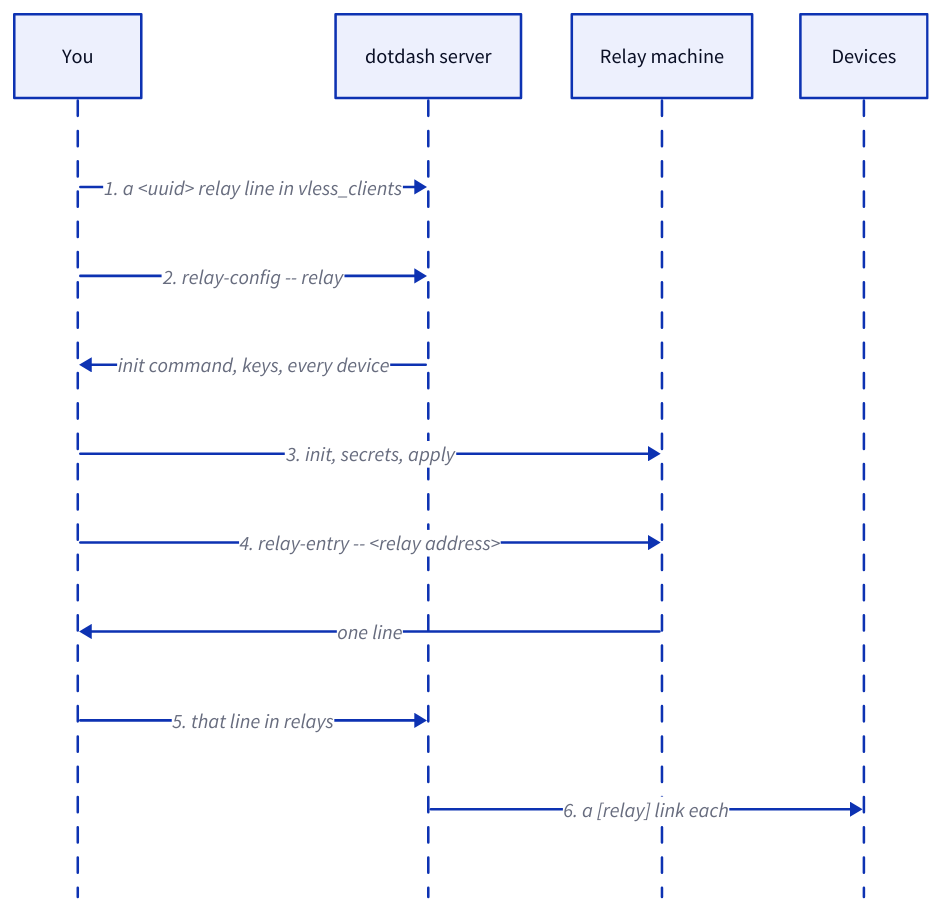
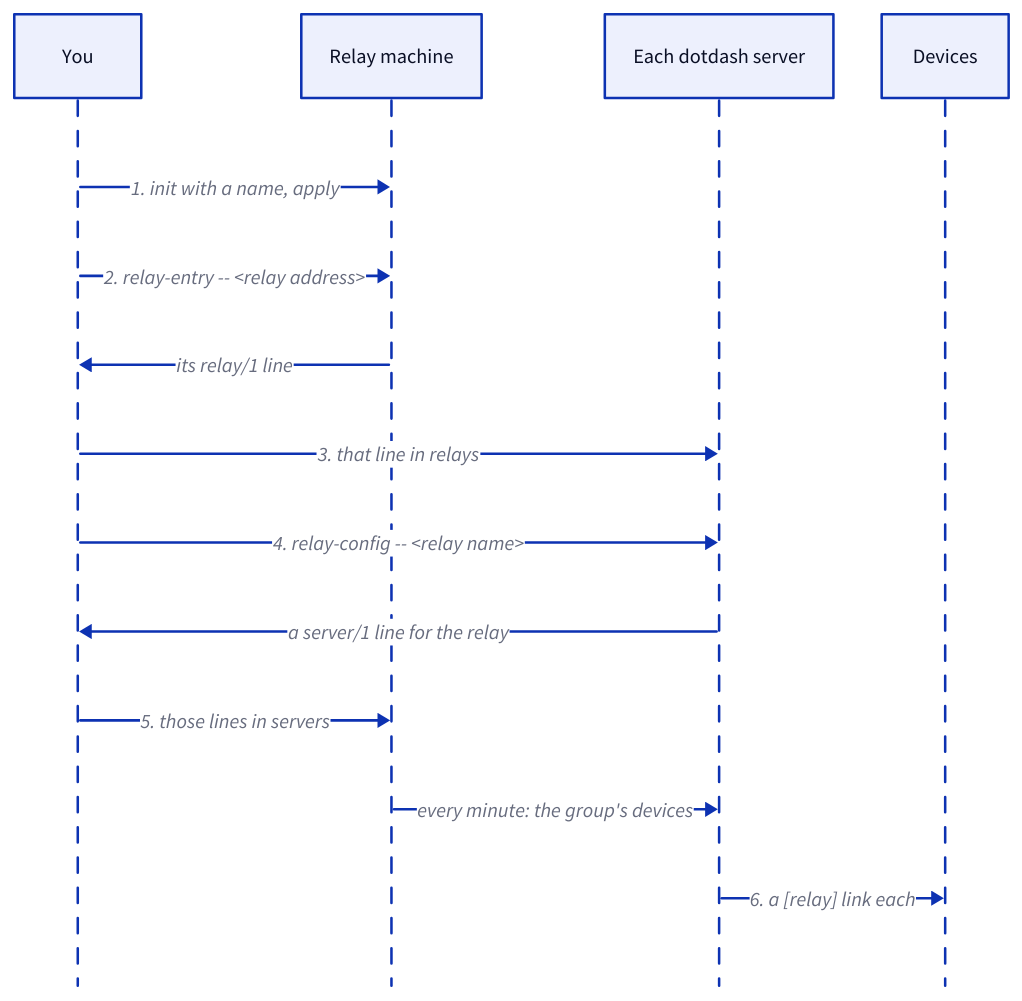
One commit to morzecrew/dotdash changed the diagram in pages/diagrams/relay-setup.d2. Above: the diagram before and after it, drawn with D2. The commit also changed 56 other files, not shown here.

Commit message:
💥 feat(relay)!: every relay a gateway to its devices' own server groups (#268)

```diff
--- a/pages/diagrams/relay-setup.d2
+++ b/pages/diagrams/relay-setup.d2
@@ -1,17 +1,18 @@
-# Setting up a relay: what moves between the server, the relay and devices.
+# Setting up a relay: the two lines that pass between it and each server.
 # Rendered by render.sh.
 shape: sequence_diagram
 
 you: You
-server: dotdash server
 relay: Relay machine
+server: Each dotdash server
 devices: Devices
 
-you -> server: "1. a <uuid> relay line in vless_clients"
-you -> server: "2. relay-config -- relay"
-server -> you: "init command, keys, every device"
-you -> relay: "3. init, secrets, apply"
-you -> relay: "4. relay-entry -- <relay address>"
-relay -> you: "one line"
-you -> server: "5. that line in relays"
+you -> relay: "1. init with a name, apply"
+you -> relay: "2. relay-entry -- <relay address>"
+relay -> you: "its relay/1 line"
+you -> server: "3. that line in relays"
+you -> server: "4. relay-config -- <relay name>"
+server -> you: "a server/1 line for the relay"
+you -> relay: "5. those lines in servers"
+relay -> server: "every minute: the group's devices"
 server -> devices: "6. a [relay] link each"
```
